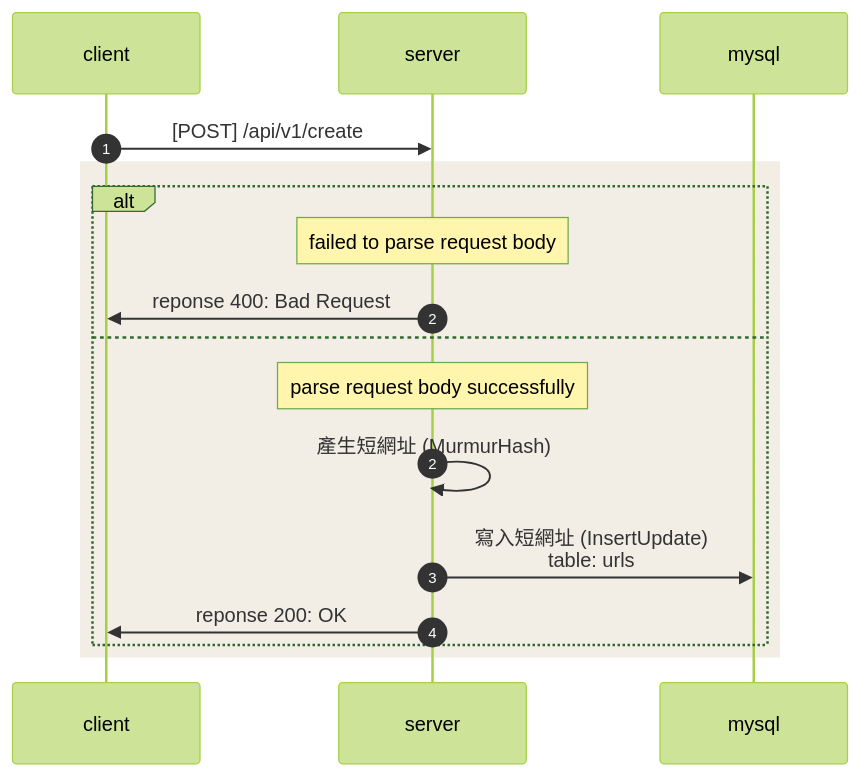
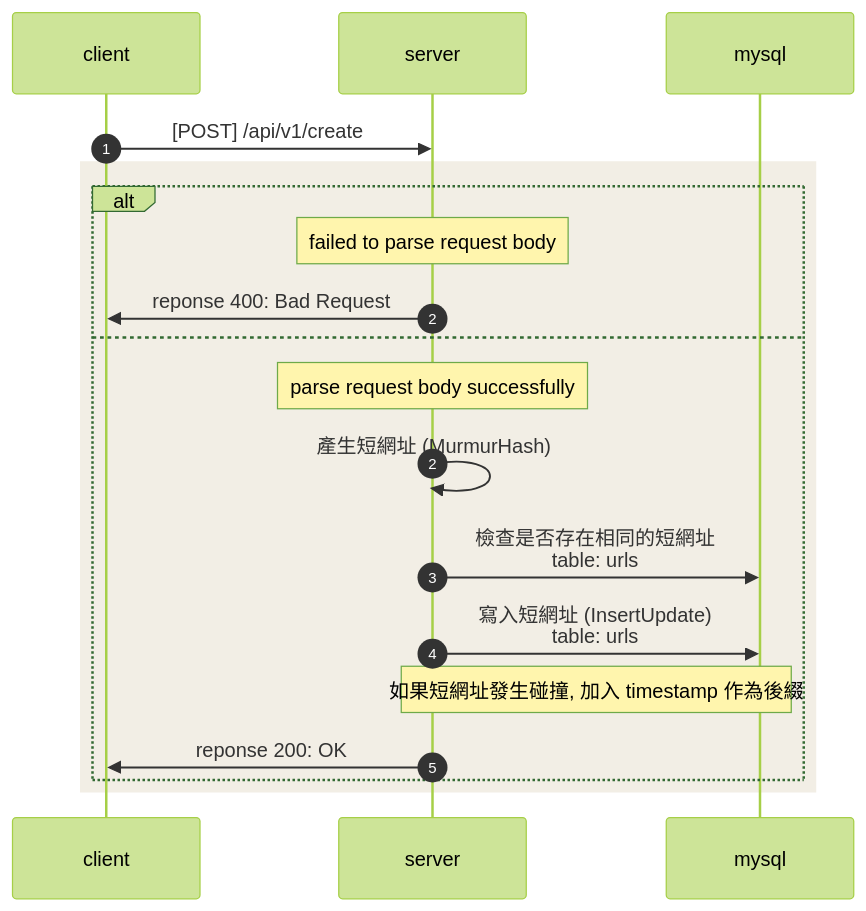
Before and after one commit to JianLiu666/TinyURL: the diagram in doc/api/v1/create.md, drawn with Mermaid (forest theme). The commit also changed 3 other files, not shown here.

````diff
--- a/doc/api/v1/create.md
+++ b/doc/api/v1/create.md
@@ -31,22 +31,26 @@
 ```mermaid
 sequenceDiagram
     participant client
     participant server
     participant mysql
     
     autonumber 1
     client ->> server: [POST] /api/v1/create
     
     rect rgb(242, 238, 229)
-        alt
-            Note over server: failed to parse request body
-            server ->> client: reponse 400: Bad Request
-        else
-            autonumber 2
-            Note over server : parse request body successfully
-            server ->> server : 產生短網址 (MurmurHash)
-            server ->> mysql : 寫入短網址 (InsertUpdate)<br>table: urls
-            server ->> client: reponse 200: OK
-        end
+    alt
+        Note over server: failed to parse request body
+        server ->> client: reponse 400: Bad Request
+    else
+        autonumber 2
+        Note over server : parse request body successfully
+        server ->> server : 產生短網址 (MurmurHash)
+        
+        server ->> mysql : 檢查是否存在相同的短網址<br>table: urls
+        server ->> mysql : 寫入短網址 (InsertUpdate)<br>table: urls
+        Note over server, mysql : 如果短網址發生碰撞, 加入 timestamp 作為後綴
+        
+        server ->> client: reponse 200: OK
+    end
     end
 ```
````
